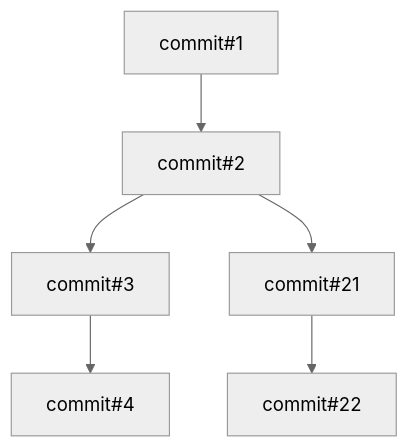
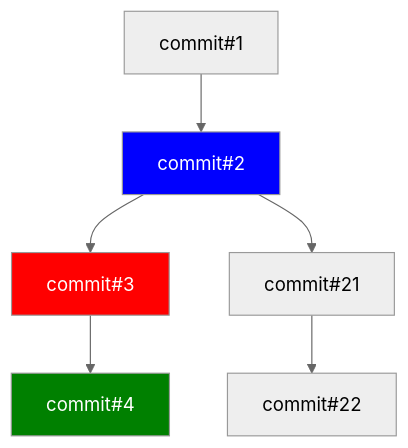
One commit to younisshah/not-core-web changed the third of 3 diagrams in README.md. Above: the diagram before and after it, drawn with Mermaid (neutral theme). The commit also changed 1 other file, not shown here.

Commit message:
feat(shared): updates log

````diff
--- a/README.md
+++ b/README.md
@@ -23,8 +23,12 @@
 ```mermaid
 flowchart TD;
     commit#1-->commit#2
-    commit#2-->commit#3
-    commit#3-->commit#4
+    commit#2:::deployed-->commit#3
+    commit#3:::error-->commit#4:::ok
     commit#2-->commit#21 
     commit#21-->commit#22
+    
+    classDef error fill:red,color:white
+    classDef ok fill:green,color:white
+    classDef deployed fill:blue,color:white
 ```
````
